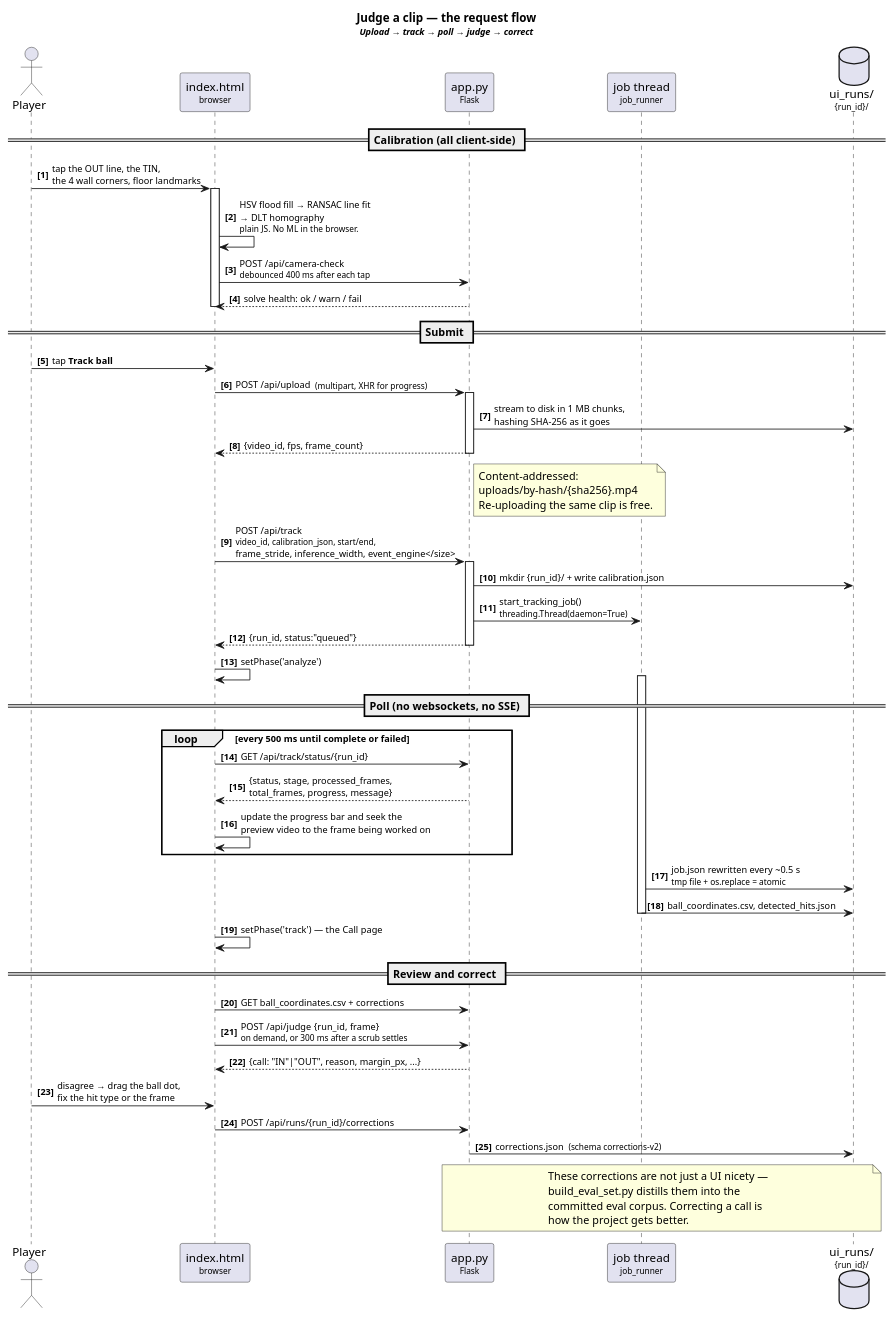
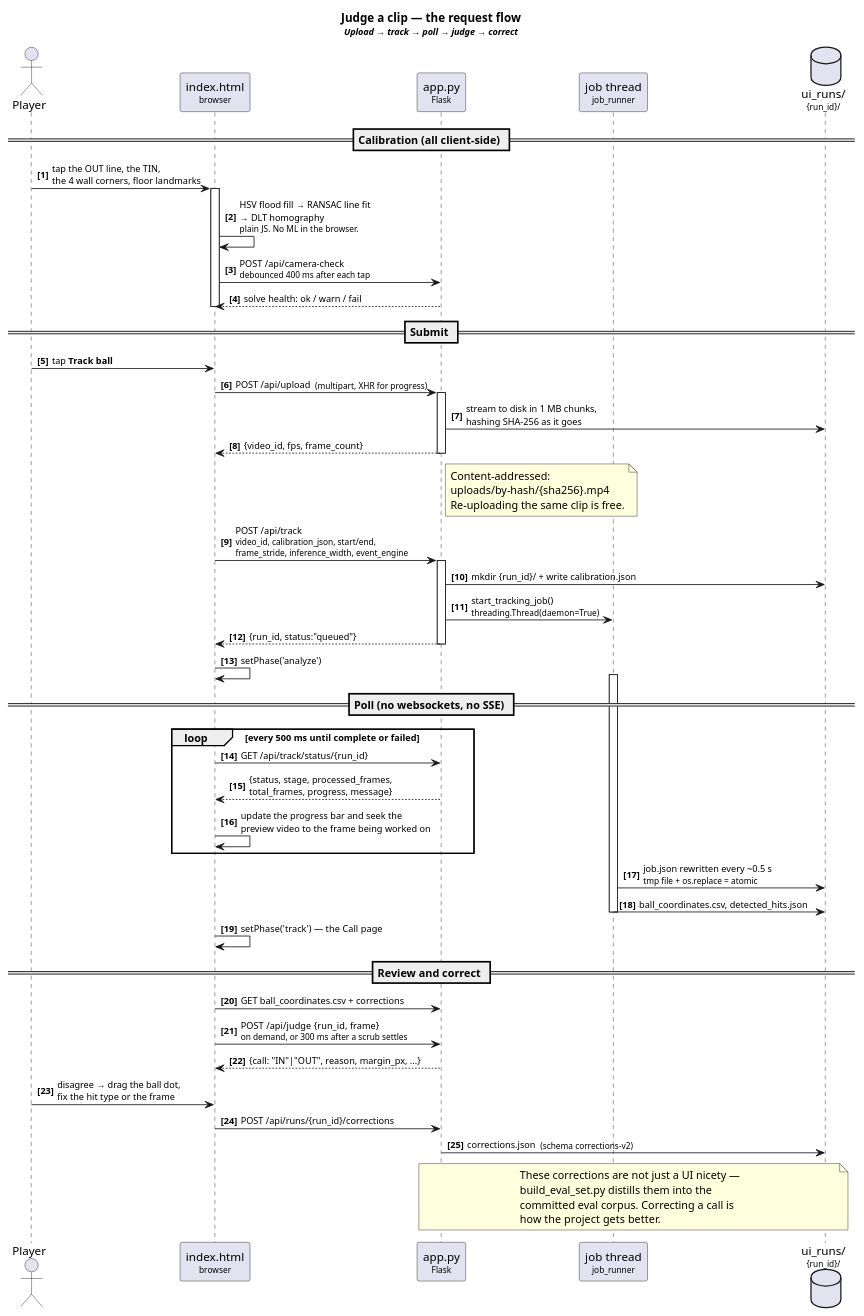
Before and after one commit to redcappyal/UCSC-AI-Project: the fourth of 7 diagrams in docs/architecture.puml, drawn with PlantUML. The commit also changed other lines of this file and 1 other file, not shown here.

First line of the commit message:
fix(arch): render the diagrams, and fix what only rendering could reveal

```diff
--- a/docs/architecture.puml
+++ b/docs/architecture.puml
@@ -325,71 +325,70 @@
 @startuml judge_a_clip
 title Judge a clip — the request flow\n<size:11>//Upload → track → poll → judge → correct//</size>
 
 skinparam shadowing false
-skinparam ParticipantPadding 12
 skinparam ArrowFontSize 11
 autonumber "<b>[0]"
 
 actor Player
 participant "index.html\n<size:10>browser</size>" as UI
 participant "app.py\n<size:10>Flask</size>" as API
 participant "job thread\n<size:10>job_runner</size>" as JOB
 database "ui_runs/\n<size:10>{run_id}/</size>" as FS
 
 == Calibration (all client-side) ==
 Player -> UI : tap the OUT line, the TIN,\nthe 4 wall corners, floor landmarks
 activate UI
 UI -> UI : HSV flood fill → RANSAC line fit\n→ DLT homography\n<size:10>plain JS. No ML in the browser.</size>
 UI -> API : POST /api/camera-check\n<size:10>debounced 400 ms after each tap</size>
 API --> UI : solve health: ok / warn / fail
 deactivate UI
 
 == Submit ==
 Player -> UI : tap **Track ball**
 UI -> API : POST /api/upload  <size:10>(multipart, XHR for progress)</size>
 activate API
 API -> FS : stream to disk in 1 MB chunks,\nhashing SHA-256 as it goes
 API --> UI : {video_id, fps, frame_count}
 note right of API
   Content-addressed:
   uploads/by-hash/{sha256}.mp4
   Re-uploading the same clip is free.
 end note
 deactivate API
 
-UI -> API : POST /api/track\n<size:10>video_id, calibration_json, start/end,\nframe_stride, inference_width, event_engine</size>
+UI -> API : POST /api/track\n<size:10>video_id, calibration_json, start/end,</size>\n<size:10>frame_stride, inference_width, event_engine</size>
 activate API
 API -> FS : mkdir {run_id}/ + write calibration.json
 API -> JOB : start_tracking_job()\n<size:10>threading.Thread(daemon=True)</size>
 API --> UI : {run_id, status:"queued"}
 deactivate API
 UI -> UI : setPhase('analyze')
 
 == Poll (no websockets, no SSE) ==
 activate JOB
 loop every 500 ms until complete or failed
   UI -> API : GET /api/track/status/{run_id}
   API --> UI : {status, stage, processed_frames,\ntotal_frames, progress, message}
   UI -> UI : update the progress bar and seek the\npreview video to the frame being worked on
 end
 JOB -> FS : job.json rewritten every ~0.5 s\n<size:10>tmp file + os.replace = atomic</size>
 JOB -> FS : ball_coordinates.csv, detected_hits.json
 deactivate JOB
 
 UI -> UI : setPhase('track')  — the Call page
 
 == Review and correct ==
 UI -> API : GET ball_coordinates.csv + corrections
 UI -> API : POST /api/judge  {run_id, frame}\n<size:10>on demand, or 300 ms after a scrub settles</size>
 API --> UI : {call: "IN"|"OUT", reason, margin_px, ...}
 Player -> UI : disagree → drag the ball dot,\nfix the hit type or the frame
 UI -> API : POST /api/runs/{run_id}/corrections
 API -> FS : corrections.json  <size:10>(schema corrections-v2)</size>
 note over FS, API
   These corrections are not just a UI nicety —
   build_eval_set.py distills them into the
   committed eval corpus. Correcting a call is
   how the project gets better.
 end note
 
 @enduml
```
